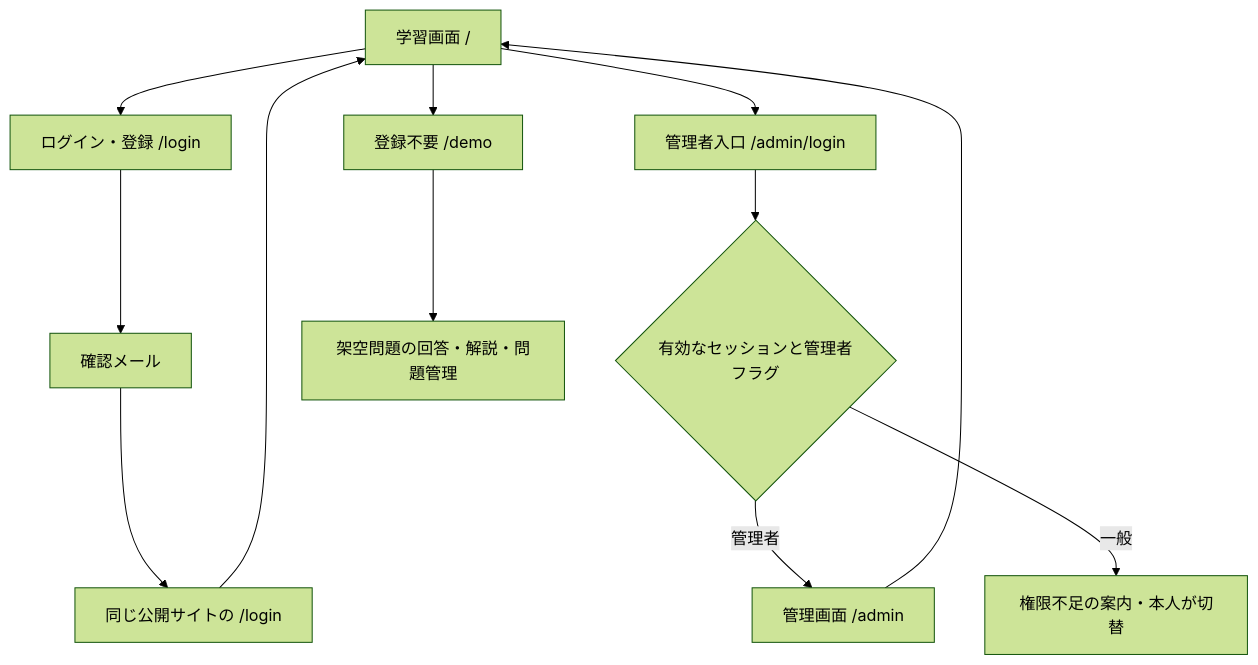
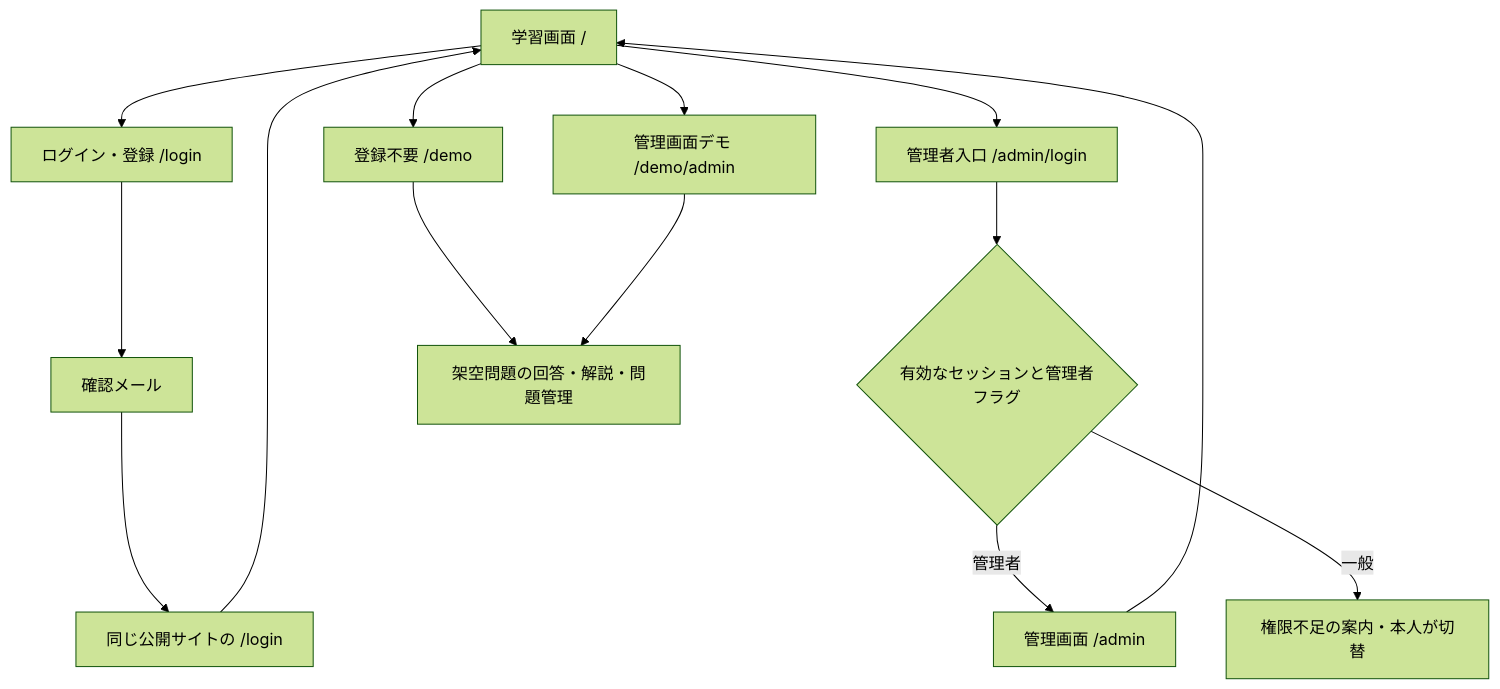
The first of 2 diagrams in docs/final-design.md (bonbabo108/codestep), drawn with Mermaid (forest theme) before and after one commit. The commit also changed other lines of this file and 17 other files, not shown here.

Commit message:
Complete one-click isolated admin demo and evidence

````diff
--- a/docs/final-design.md
+++ b/docs/final-design.md
@@ -24,14 +24,16 @@
 ```mermaid
 flowchart TD
   H[学習画面 /] --> L[ログイン・登録 /login]
   L --> M[確認メール]
   M --> V[同じ公開サイトの /login]
   V --> H
   H --> A[管理者入口 /admin/login]
   A --> C{有効なセッションと管理者フラグ}
   C -->|管理者| Q[管理画面 /admin]
   C -->|一般| N[権限不足の案内・本人が切替]
   Q --> H
   H --> D[登録不要 /demo]
   D --> S[架空問題の回答・解説・問題管理]
+  H --> AD[管理画面デモ /demo/admin]
+  AD --> S
 ```
````
